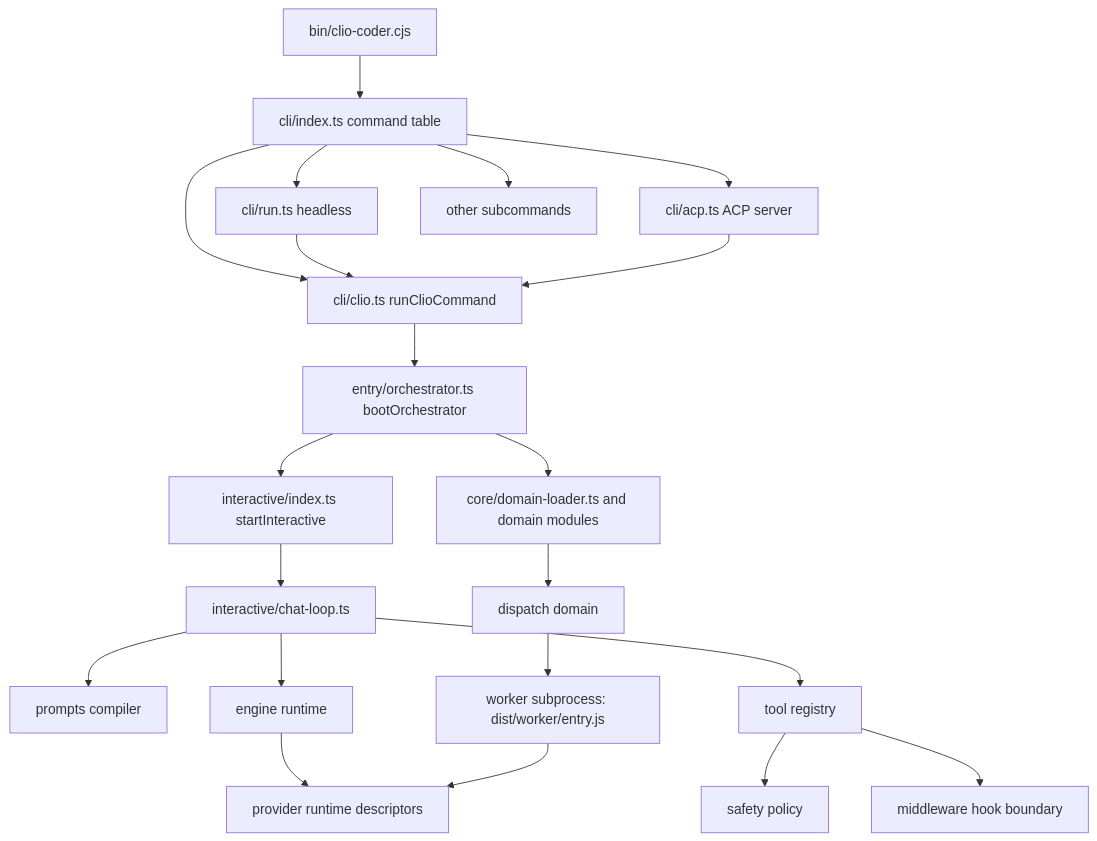
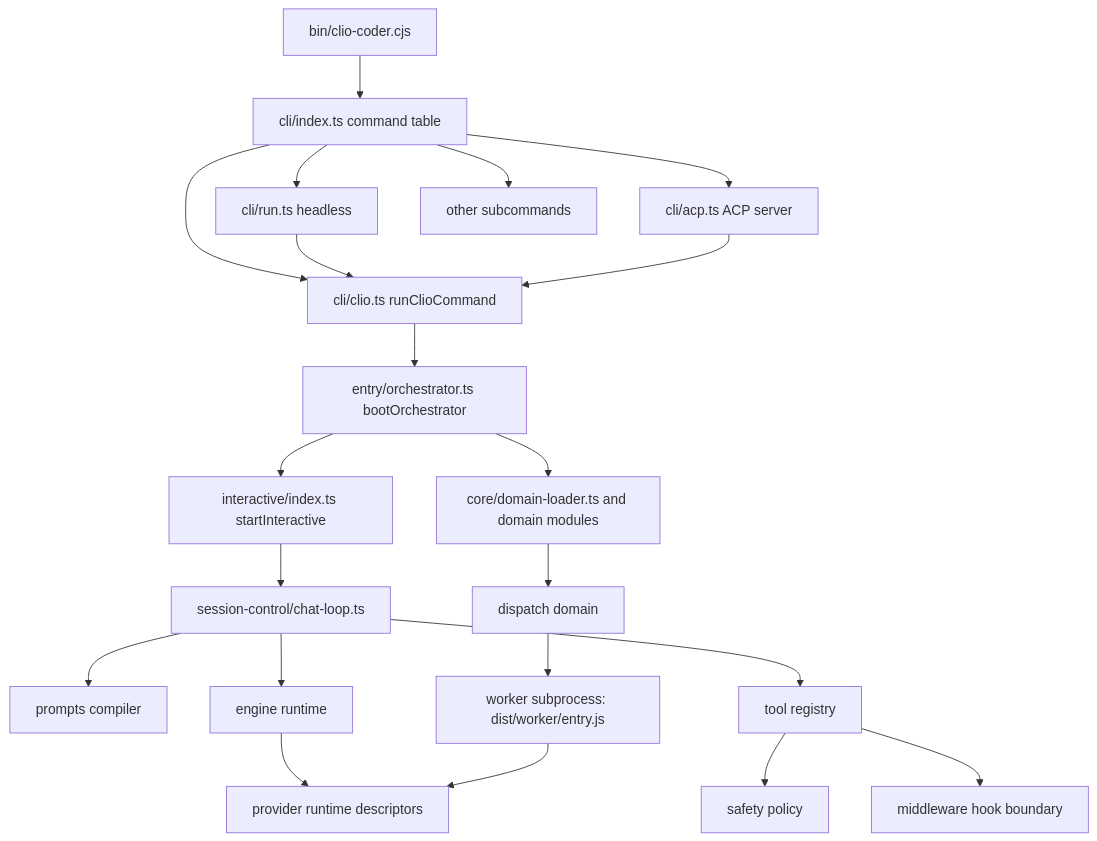
Before and after one commit to iowarp/clio-coder: the diagram in docs/architecture/architecture.md, drawn with Mermaid. The commit also changed other lines of this file and 56 other files, not shown here.

````diff
--- a/docs/architecture/architecture.md
+++ b/docs/architecture/architecture.md
@@ -335,23 +340,23 @@
 ```mermaid
 graph TD
     BIN[bin/clio-coder.cjs] --> CLI[cli/index.ts command table]
     CLI --> CLIO[cli/clio.ts runClioCommand]
     CLI --> RUNC[cli/run.ts headless]
     CLI --> ACPC[cli/acp.ts ACP server]
     CLI --> SUB[other subcommands]
     RUNC --> CLIO
     ACPC --> CLIO
     CLIO --> ORCH[entry/orchestrator.ts bootOrchestrator]
     ORCH --> DOMAINS[core/domain-loader.ts and domain modules]
     ORCH --> TUI[interactive/index.ts startInteractive]
-    TUI --> LOOP[interactive/chat-loop.ts]
+    TUI --> LOOP[session-control/chat-loop.ts]
     LOOP --> PROMPTS[prompts compiler]
     LOOP --> TOOLS[tool registry]
     LOOP --> ENGINE[engine runtime]
     TOOLS --> SAFETY[safety policy]
     TOOLS --> MIDDLEWARE[middleware hook boundary]
     ENGINE --> PROVIDERS[provider runtime descriptors]
     DOMAINS --> DISPATCH[dispatch domain]
     DISPATCH --> WORKER[worker subprocess: dist/worker/entry.js]
     WORKER --> PROVIDERS
 ```
````
